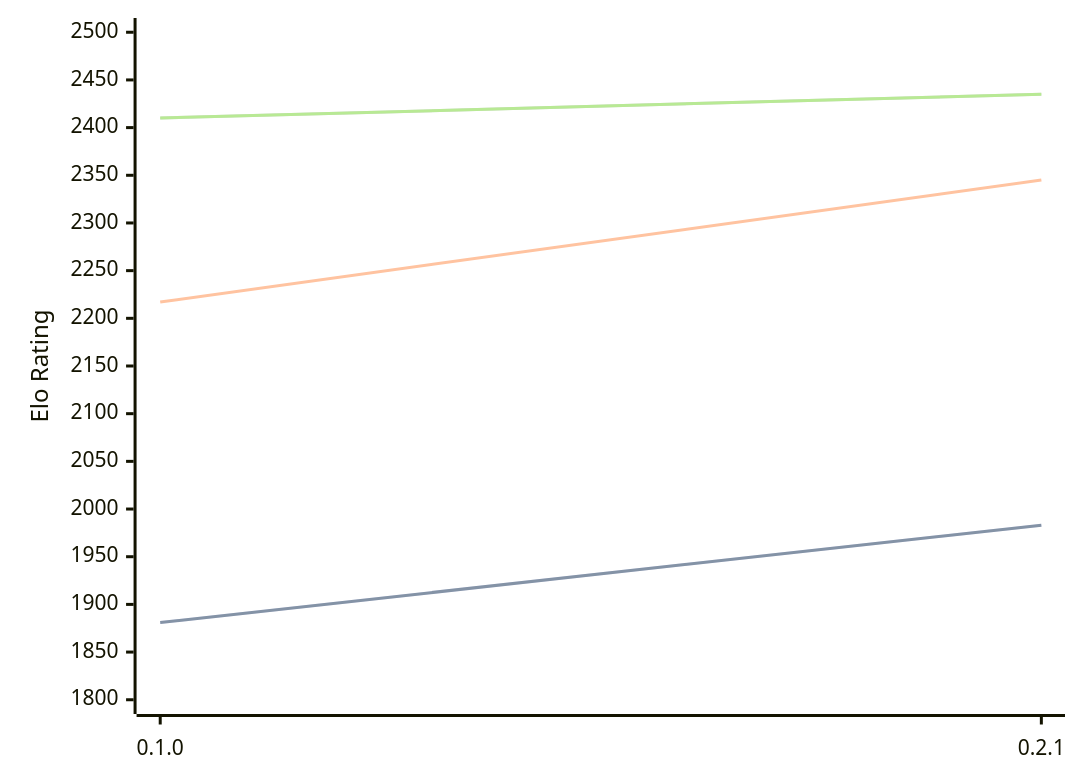
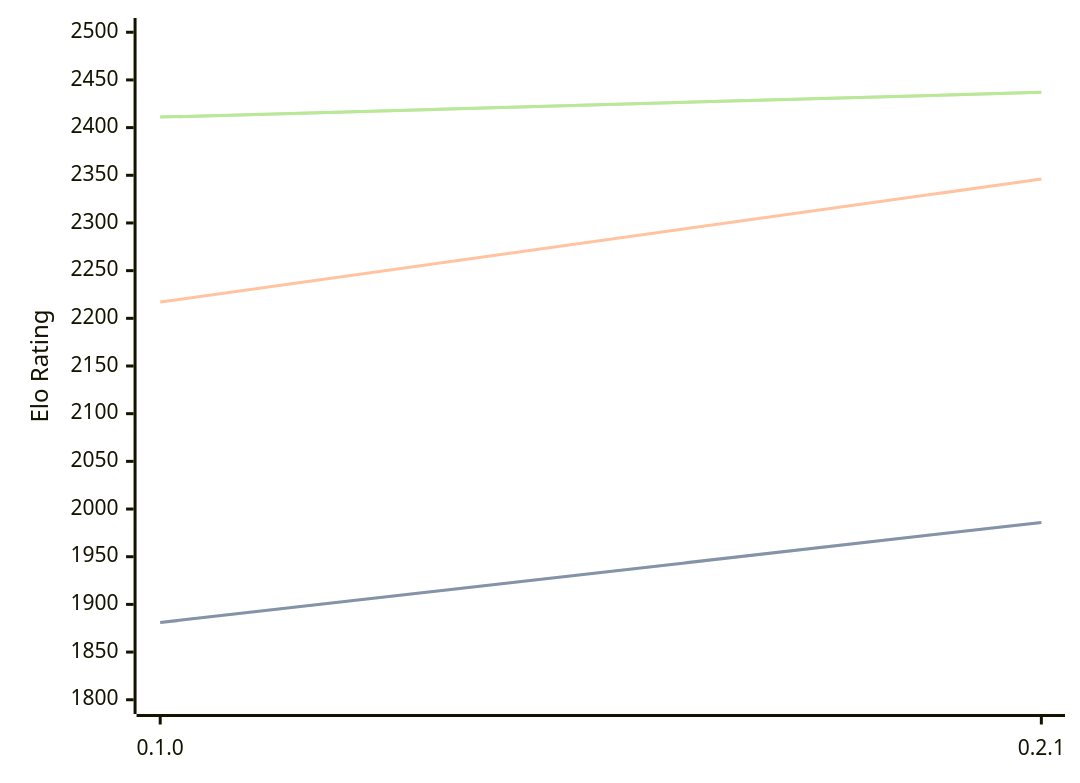
One commit to computer-chess-index/cci changed the first of 3 diagrams in engines/Sykora.md. Above: the diagram before and after it, drawn with Mermaid. The commit also changed other lines of this file, not shown here.

Commit message:
Update CCI Ratings (ELO VLTC) - 2026-07-09

````diff
--- a/engines/Sykora.md
+++ b/engines/Sykora.md
@@ -33,11 +33,11 @@
 ```mermaid
 %%{init: {"theme":"base","themeVariables":{"seriesColors:['#a3a3a3','#222221','#faa371']}}}%%
 xychart-beta
   x-axis ["0.1.0", "0.2.1"]
   y-axis "Elo Rating" 1800 --> 2500
-  line "STC (8.0+0.08s)" [1881, 1983]
-  line "STC (8.0+0.08s)" [1881, 1983]
-  line "LTC (60.0+0.60s)" [2217, 2345]
-  line "VLTC (2m24s+1.12s)" [2410, 2435]
-  line "VLTC (2m24s+1.12s)" [2410, 2435]
+  line "STC (8.0+0.08s)" [1881, 1986]
+  line "STC (8.0+0.08s)" [1881, 1986]
+  line "LTC (60.0+0.60s)" [2217, 2346]
+  line "VLTC (2m24s+1.12s)" [2411, 2437]
+  line "VLTC (2m24s+1.12s)" [2411, 2437]
 ```
````
